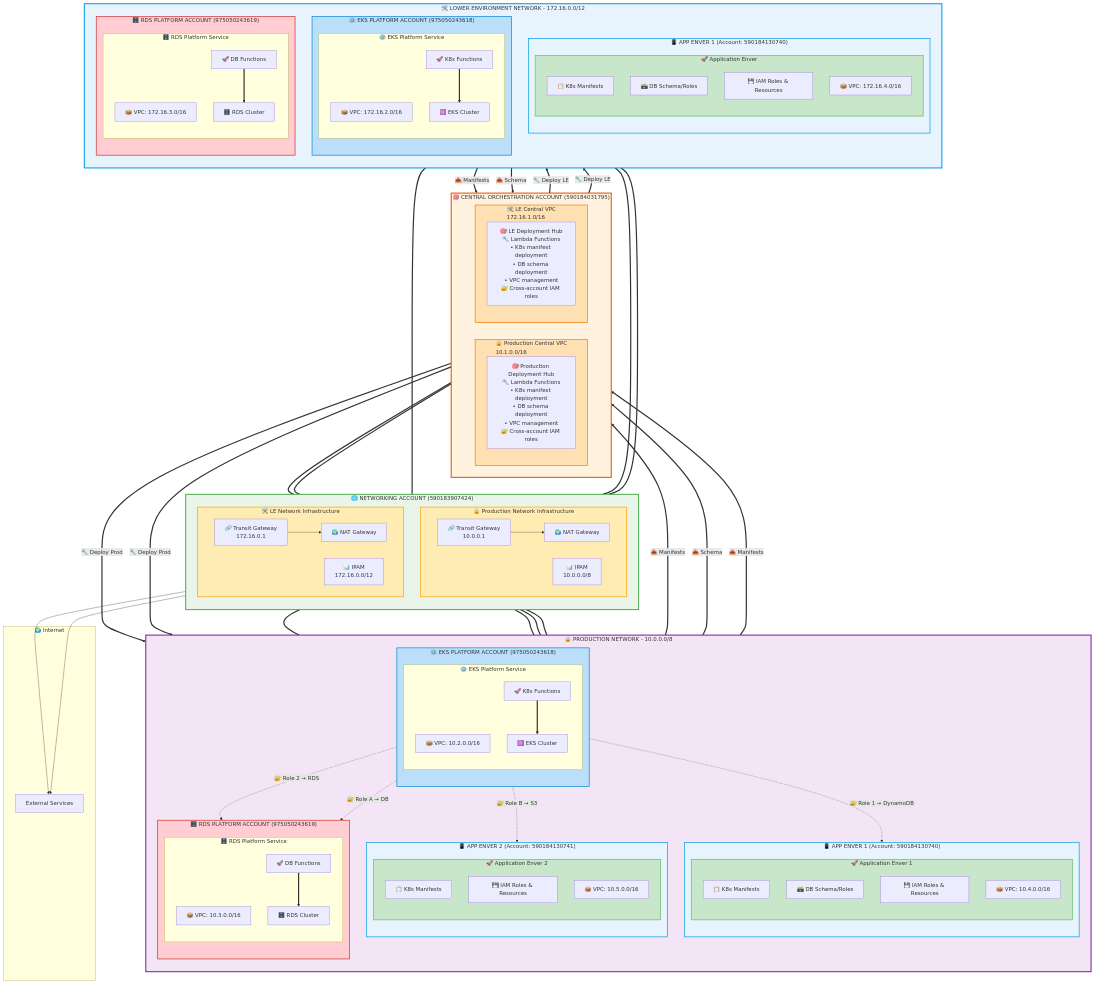
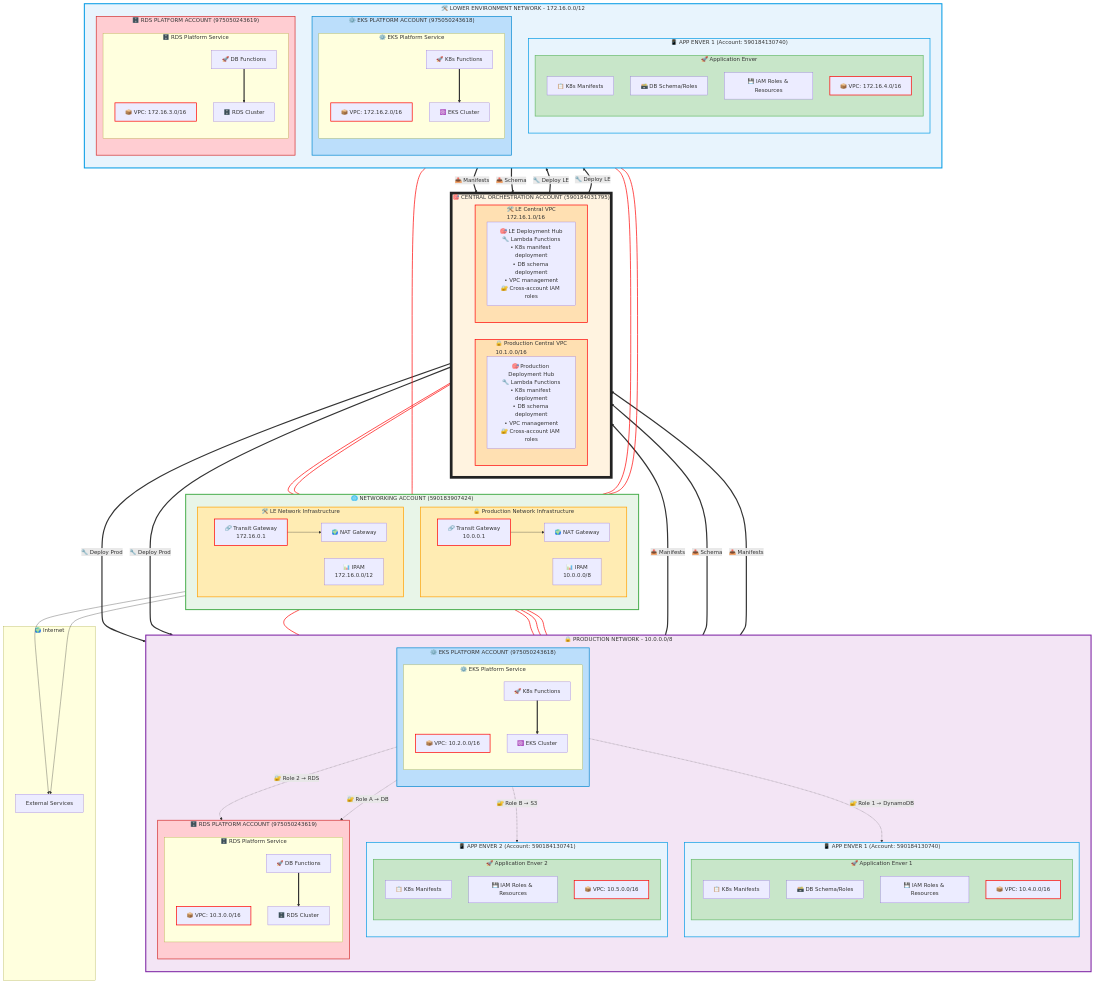
Before and after one commit to ondemandenv/ondemandenv.github.io: the diagram in diagrams/multi-account-network-architecture.mmd, drawn with Mermaid. The commit also changed 4 other files, not shown here.

```diff
--- a/diagrams/multi-account-network-architecture.mmd
+++ b/diagrams/multi-account-network-architecture.mmd
@@ -4,7 +4,7 @@
     %% ========================================
     subgraph NetworkingAccount["🌐 NETWORKING ACCOUNT (590183907424)"]
         direction TB
-        
+
         %% Production Network Infrastructure
         subgraph ProdNetInfra["🔒 Production Network Infrastructure"]
             direction LR
@@ -12,8 +12,8 @@
             NATProd["🌍 NAT Gateway"]
             IPAMProd["📊 IPAM<br/>10.0.0.0/8"]
         end
-        
-        %% LE Network Infrastructure  
+
+        %% LE Network Infrastructure
         subgraph LENetInfra["🛠️ LE Network Infrastructure"]
             direction LR
             TGWLE["🔗 Transit Gateway<br/>172.16.0.1"]
@@ -27,13 +27,13 @@
     %% ========================================
     subgraph CentralAccount["🎯 CENTRAL ORCHESTRATION ACCOUNT (590184031795)"]
         direction LR
-        
+
         %% Production Network Central VPC with its deployment hub
         subgraph ProdCentralVPC["🔒 Production Central VPC<br/>10.1.0.0/16"]
             direction TB
             CentralControlProd["🎯 Production Deployment Hub<br/>🔧 Lambda Functions<br/>• K8s manifest deployment<br/>• DB schema deployment<br/>• VPC management<br/>🔐 Cross-account IAM roles"]
         end
-        
+
         %% LE Network Central VPC with its deployment hub
         subgraph LECentralVPC["🛠️ LE Central VPC<br/>172.16.1.0/16"]
             direction TB
@@ -47,8 +47,8 @@
     %% ========================================
     subgraph ProdNetwork["🔒 PRODUCTION NETWORK - 10.0.0.0/8"]
         direction TB
-        
-        
+
+
         %% Left: Application Envers
         subgraph ProdApp1["📱 APP ENVER 1 (Account: 590184130740)"]
             direction TB
@@ -59,7 +59,7 @@
                 App1VPCProd["📦 VPC: 10.4.0.0/16"]
             end
         end
-        
+
         subgraph ProdApp2["📱 APP ENVER 2 (Account: 590184130741)"]
             direction TB
             subgraph ProdEnver2["🚀 Application Enver 2"]
@@ -68,7 +68,7 @@
                 App2VPCProd["📦 VPC: 10.5.0.0/16"]
             end
         end
-        
+
         %% Right: Platform Services
         subgraph ProdEKSAccount["⚙️ EKS PLATFORM ACCOUNT (975050243618)"]
             direction TB
@@ -78,7 +78,7 @@
                 EKSDeployProd["🚀 K8s Functions"]
             end
         end
-        
+
         subgraph ProdRDSAccount["🗄️ RDS PLATFORM ACCOUNT (975050243619)"]
             direction TB
             subgraph ProdRDS["🗄️ RDS Platform Service"]
@@ -87,7 +87,7 @@
                 RDSDeployProd["🚀 DB Functions"]
             end
         end
-        
+
         %% Position around network infrastructure
         ProdNetInfra
     end
@@ -98,8 +98,8 @@
     %% ========================================
     subgraph LENetwork["🛠️ LOWER ENVIRONMENT NETWORK - 172.16.0.0/12"]
         direction TB
-        
-        
+
+
         %% Left: Application Envers
         subgraph LEApp1["📱 APP ENVER 1 (Account: 590184130740)"]
             direction TB
@@ -110,7 +110,7 @@
                 App1VPCLENet["📦 VPC: 172.16.4.0/16"]
             end
         end
-        
+
         %% Right: Platform Services
         subgraph LEEKSAccount["⚙️ EKS PLATFORM ACCOUNT (975050243618)"]
             direction TB
@@ -120,7 +120,7 @@
                 EKSDeployLE["🚀 K8s Functions"]
             end
         end
-        
+
         subgraph LERDSAccount["🗄️ RDS PLATFORM ACCOUNT (975050243619)"]
             direction TB
             subgraph LERDS["🗄️ RDS Platform Service"]
@@ -129,7 +129,7 @@
                 RDSDeployLE["🚀 DB Functions"]
             end
         end
-        
+
         %% Position around network infrastructure
         LENetInfra
     end
@@ -144,22 +144,22 @@
     %% ========================================
     %% NETWORK BACKBONE CONNECTIONS
     %% ========================================
-    
+
     %% Central VPCs connect to their respective TGWs
     ProdCentralVPC === TGWProd
     LECentralVPC === TGWLE
-    
+
     %% Production TGW Hub - connecting all VPCs in production network
     TGWProd === EKSVPCProd
     TGWProd === RDSVPCProd
     TGWProd === App1VPCProd
     TGWProd === App2VPCProd
-    
+
     %% LE TGW Hub - connecting all VPCs in LE network
     TGWLE === EKSVPCLENet
     TGWLE === RDSVPCLENet
     TGWLE === App1VPCLENet
-    
+
     %% Internet Access
     TGWProd --> NATProd --> ExtServices
     TGWLE --> NATLE --> ExtServices
@@ -167,72 +167,87 @@
     %% ========================================
     %% APPLICATION-CENTRIC DEPLOYMENT FLOWS
     %% ========================================
-    
+
     %% PRODUCTION: Apps → Production Hub → Platforms
     App1ManifestProd ==>|"📤 Manifests"| CentralControlProd
     App1SchemaProd ==>|"📤 Schema"| CentralControlProd
     App2ManifestProd ==>|"📤 Manifests"| CentralControlProd
-    
+
     CentralControlProd ==>|"🔧 Deploy Prod"| EKSDeployProd
     CentralControlProd ==>|"🔧 Deploy Prod"| RDSDeployProd
-    
+
     EKSDeployProd ==> EKSProd
     RDSDeployProd ==> RDSProd
-    
-    %% LOWER ENVIRONMENT: Apps → LE Hub → Platforms  
+
+    %% LOWER ENVIRONMENT: Apps → LE Hub → Platforms
     App1ManifestLE ==>|"📤 Manifests"| CentralControlLE
     App1SchemaLE ==>|"📤 Schema"| CentralControlLE
-    
+
     CentralControlLE ==>|"🔧 Deploy LE"| EKSDeployLE
     CentralControlLE ==>|"🔧 Deploy LE"| RDSDeployLE
-    
+
     EKSDeployLE ==> EKSLENet
     RDSDeployLE ==> RDSLENet
-    
+
     %% ========================================
     %% RUNTIME COMMUNICATION (IRSA)
     %% ========================================
-    
+
     %% Enver 1 & 2 Runtime Access
     EKSProd -.->|"🔐 Role 1 → DynamoDB"| App1ResProd
     EKSProd -.->|"🔐 Role 2 → RDS"| RDSProd
-    EKSProd -.->|"🔐 Role A → DB"| RDSProd  
+    EKSProd -.->|"🔐 Role A → DB"| RDSProd
     EKSProd -.->|"🔐 Role B → S3"| App2ResProd
 
     %% ========================================
     %% STYLING
     %% ========================================
-    
+
     %% Main network styling
     style ProdNetwork fill:#f3e5f5,stroke:#7b1fa2,stroke-width:3px
     style LENetwork fill:#e8f4fd,stroke:#039be5,stroke-width:3px
-    
+
     %% Networking account styling
     style NetworkingAccount fill:#e8f5e8,stroke:#4caf50,stroke-width:3px
-    
+
     %% Central account styling
-    style CentralAccount fill:#fff3e0,stroke:#e65100,stroke-width:3px
-    
-    %% Platform account styling  
+    style CentralAccount fill:#fff3e0, stroke:#222,stroke-width:8px
+
+    %% Platform account styling
     style ProdEKSAccount fill:#bbdefb,stroke:#0288d1,stroke-width:2px
     style ProdRDSAccount fill:#ffcdd2,stroke:#d32f2f,stroke-width:2px
     style LEEKSAccount fill:#bbdefb,stroke:#0288d1,stroke-width:2px
     style LERDSAccount fill:#ffcdd2,stroke:#d32f2f,stroke-width:2px
-    
+
     %% Application account styling
     style ProdApp1 fill:#e8f4fd,stroke:#039be5,stroke-width:2px
     style ProdApp2 fill:#e8f4fd,stroke:#039be5,stroke-width:2px
     style LEApp1 fill:#e8f4fd,stroke:#039be5,stroke-width:2px
-    
+
     %% Enver styling
     style ProdEnver1 fill:#c8e6c9,stroke:#66bb6a,stroke-width:2px
     style ProdEnver2 fill:#c8e6c9,stroke:#66bb6a,stroke-width:2px
     style LEEnver1 fill:#c8e6c9,stroke:#66bb6a,stroke-width:2px
-    
+
     %% Central VPC styling
-    style ProdCentralVPC fill:#ffe0b2,stroke:#f57c00,stroke-width:2px
-    style LECentralVPC fill:#ffe0b2,stroke:#f57c00,stroke-width:2px
-    
+    style ProdCentralVPC fill:#ffe0b2,stroke:red,stroke-width:2px
+    style LECentralVPC fill:#ffe0b2,stroke:red,stroke-width:2px
+
+    %% TGW and VPC node styling
+    style TGWProd stroke:red,stroke-width:2px
+    style TGWLE stroke:red,stroke-width:2px
+    style EKSVPCProd stroke:red,stroke-width:2px
+    style RDSVPCProd stroke:red,stroke-width:2px
+    style App1VPCProd stroke:red,stroke-width:2px
+    style App2VPCProd stroke:red,stroke-width:2px
+    style EKSVPCLENet stroke:red,stroke-width:2px
+    style RDSVPCLENet stroke:red,stroke-width:2px
+    style App1VPCLENet stroke:red,stroke-width:2px
+
     %% Network infrastructure styling
     style ProdNetInfra fill:#ffecb3,stroke:#ffa000,stroke-width:2px
     style LENetInfra fill:#ffecb3,stroke:#ffa000,stroke-width:2px
+
+    %% TGW to VPC link styling
+    %% This style makes the TGW-VPC connections red, as requested.
+    linkStyle 0,1,2,3,4,5,6,7,8 stroke:red,stroke-width:2px
```
